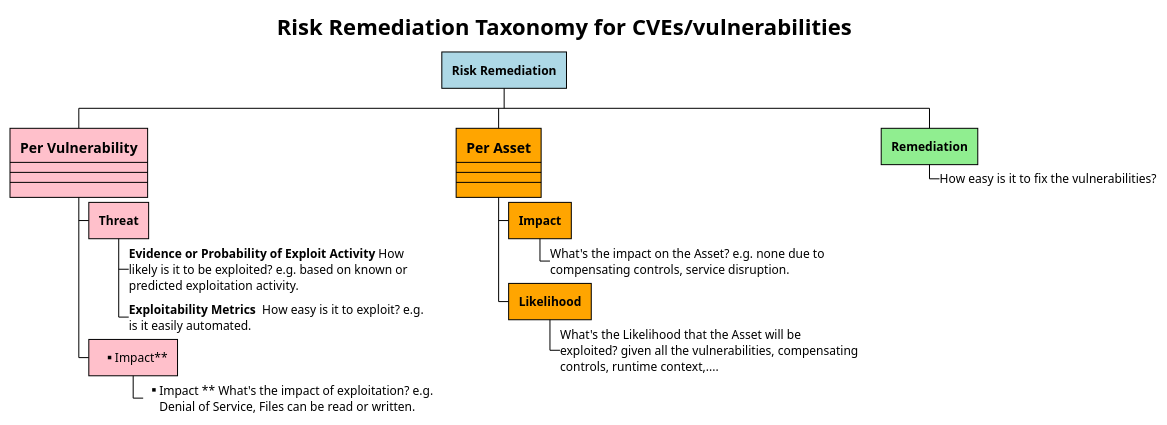
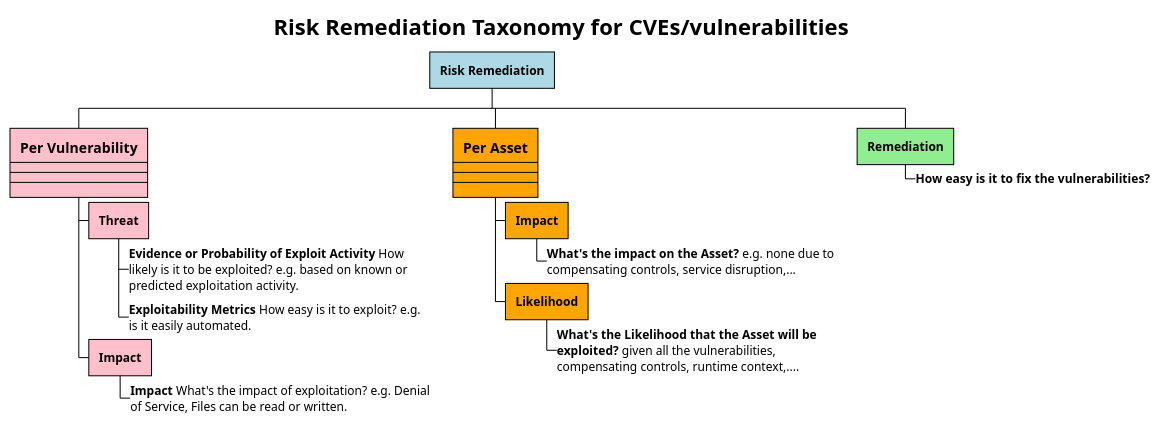
One commit to theparanoids/PrioritizedRiskRemediation changed the diagram in imagesAsCode/RiskRemediation_top.puml. Above: the diagram before and after it, drawn with PlantUML. The commit also changed 3 other files, not shown here.

```diff
--- a/imagesAsCode/RiskRemediation_top.puml
+++ b/imagesAsCode/RiskRemediation_top.puml
@@ -3,58 +3,58 @@
 @startwbs RiskRemediation_top
 !theme plain
 
 <style>
 wbsDiagram {
   .riskremediation {
       BackgroundColor lightblue
   }
   .risk {
       BackgroundColor pink
   }
   .asset {
       BackgroundColor orange
   }
   .remediation {
       BackgroundColor lightgreen
   }
 }
 
 </style>
 
 Title Risk Remediation Taxonomy for CVEs/vulnerabilities
 
 * **Risk Remediation** <<riskremediation>>
 
 **[#pink]:==Per Vulnerability 
 ----
 ----
 ----;
 
 
 ***[#pink] **Threat**
 ****_ **Evidence or Probability of Exploit Activity** How likely is it to be exploited? e.g. based on known or predicted exploitation activity.
-****_ **Exploitability Metrics ** How easy is it to exploit? e.g. is it easily automated.
+****_ **Exploitability Metrics** How easy is it to exploit? e.g. is it easily automated.
 
-***[#pink] ** Impact** 
-****_ ** Impact ** What's the impact of exploitation? e.g. Denial of Service, Files can be read or written.
+***[#pink] **Impact** 
+****_ **Impact** What's the impact of exploitation? e.g. Denial of Service, Files can be read or written.
 
 
 
 **[#orange]:==Per Asset 
 ----
 ----
 ----;
 
 *** **Impact** <<asset>> 
-****_ What's the impact on the Asset? e.g. none due to compensating controls, service disruption.
+****_ **What's the impact on the Asset?** e.g. none due to compensating controls, service disruption,...
 
 *** **Likelihood** <<asset>>
-****_ What's the Likelihood that the Asset will be exploited? given all the vulnerabilities, compensating controls, runtime context,....
+****_ **What's the Likelihood that the Asset will be exploited?** given all the vulnerabilities, compensating controls, runtime context,....
 
 
 
 ** **Remediation** <<remediation>> 
-***_ How easy is it to fix the vulnerabilities?
+***_ **How easy is it to fix the vulnerabilities?**
 
 
 @endwbs
```
